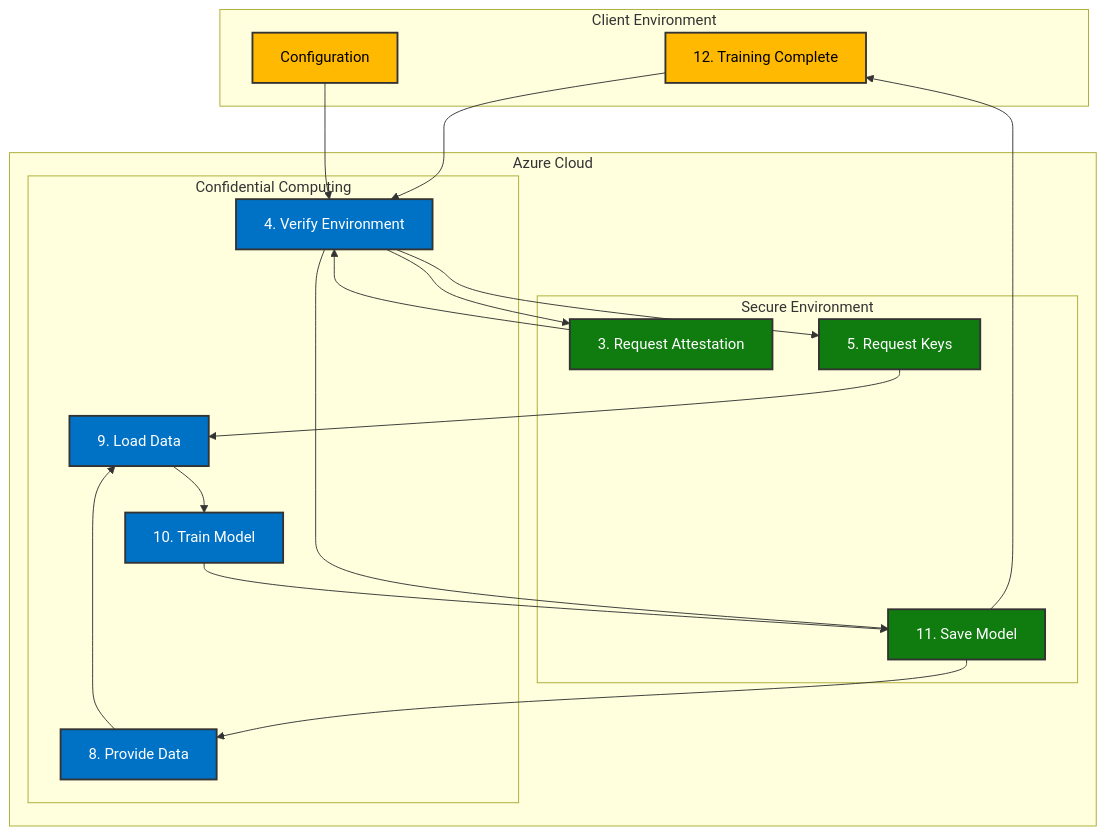
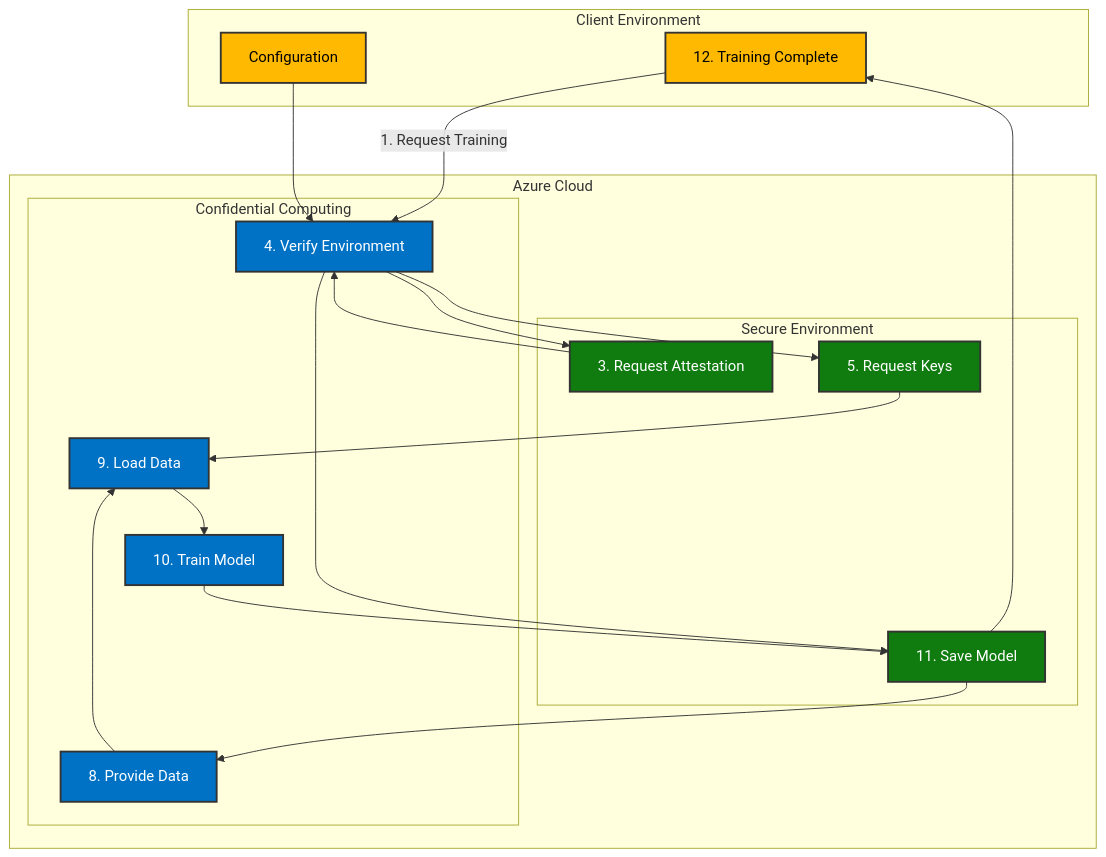
One commit to gitmujoshi/confidentialcomputingplatform changed the diagram in docs/LogicalArchitecture.md. Above: the diagram before and after it, drawn with Mermaid.

Commit message:
updated diagrams

````diff
--- a/docs/LogicalArchitecture.md
+++ b/docs/LogicalArchitecture.md
@@ -9,43 +9,43 @@
 ```mermaid
 flowchart TB
     subgraph ClientEnvironment["Client Environment"]
         Client[Client Application]
         Config[Configuration]
     end
 
     subgraph AzureCloud["Azure Cloud"]
         subgraph SecureEnvironment["Secure Environment"]
             Attest[Attestation Service]
             KeyVault[Key Vault]
             Storage[Secure Storage]
         end
 
         subgraph ConfidentialComputing["Confidential Computing"]
             VM[Confidential VM]
             Enclave[Secure Enclave]
             Model[ML Model]
             Data[Encrypted Data]
         end
     end
 
-    Client --> VM["1. Request Training"]
+    Client --> |"1. Request Training"|VM
     Config --> VM["2. Load Config"]
     VM --> Attest["3. Request Attestation"]
     Attest --> VM["4. Verify Environment"]
     VM --> KeyVault["5. Request Keys"]
     KeyVault --> Enclave["6. Provide Keys"]
     VM --> Storage["7. Request Data"]
     Storage --> Data["8. Provide Data"]
     Data --> Enclave["9. Load Data"]
     Enclave --> Model["10. Train Model"]
     Model --> Storage["11. Save Model"]
     Storage --> Client["12. Training Complete"]
 
     classDef azure fill:#0072C6,stroke:#333,stroke-width:2px,color:white
     classDef secure fill:#107C10,stroke:#333,stroke-width:2px,color:white
     classDef client fill:#FFB900,stroke:#333,stroke-width:2px,color:black
 
     class Client,Config client
     class Attest,KeyVault,Storage secure
     class VM,Enclave,Model,Data azure
 ```
````
